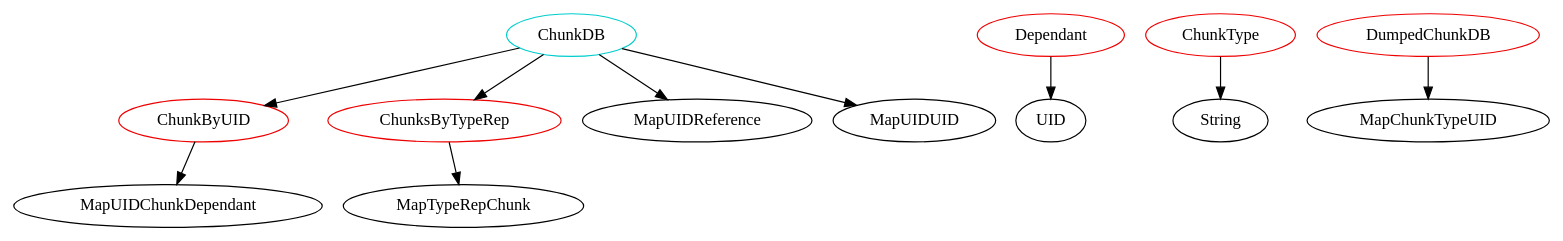
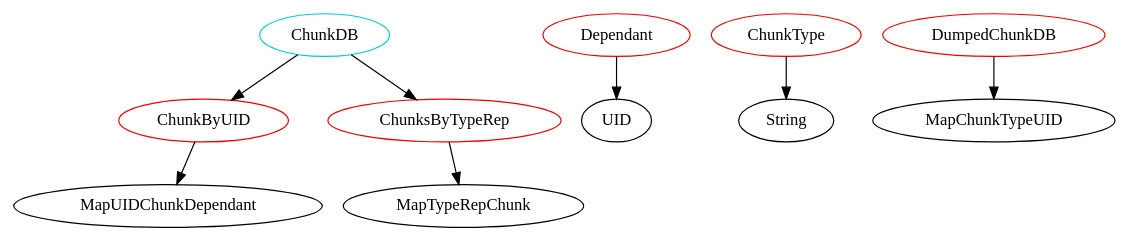
The diagram in analysis/TypeDependencyGraphs/database.dot (JacquesCarette/Drasil), drawn with Graphviz before and after one commit. The commit also changed 674 other files, not shown here.

```diff
--- a/analysis/TypeDependencyGraphs/database.dot
+++ b/analysis/TypeDependencyGraphs/database.dot
@@ -1,37 +1,35 @@
 digraph alltypes {
 	subgraph cunkdbh {
 		subgraph chunkdb{
 		ChunkDB	[shape=oval, color=cyan3, label="ChunkDB"];
 		ChunkDB -> ChunkByUID;
 		ChunkDB -> ChunksByTypeRep;
-		ChunkDB -> MapUIDReference;
-		ChunkDB -> MapUIDUID;
 		}
 		subgraph dependant{
 		Dependant	[shape=oval, color=red2, label="Dependant"];
 		Dependant -> UID;
 		}
 		subgraph chunkbyuid{
 		ChunkByUID	[shape=oval, color=red2, label="ChunkByUID"];
 		ChunkByUID -> MapUIDChunkDependant;
 		}
 		subgraph chunksbytyperep{
 		ChunksByTypeRep	[shape=oval, color=red2, label="ChunksByTypeRep"];
 		ChunksByTypeRep -> MapTypeRepChunk;
 		}
 	}
 	subgraph dump {
 		subgraph chunktype{
 		ChunkType	[shape=oval, color=red2, label="ChunkType"];
 		ChunkType -> String;
 		}
 		subgraph dumpedchunkdb{
 		DumpedChunkDB	[shape=oval, color=red2, label="DumpedChunkDB"];
 		DumpedChunkDB -> MapChunkTypeUID;
 		}
 	}
 	subgraph typeduidref {
 	}
 	subgraph drails {
 	}
 }
```
